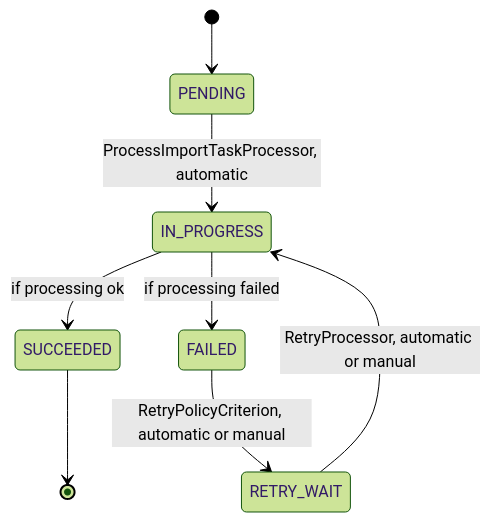
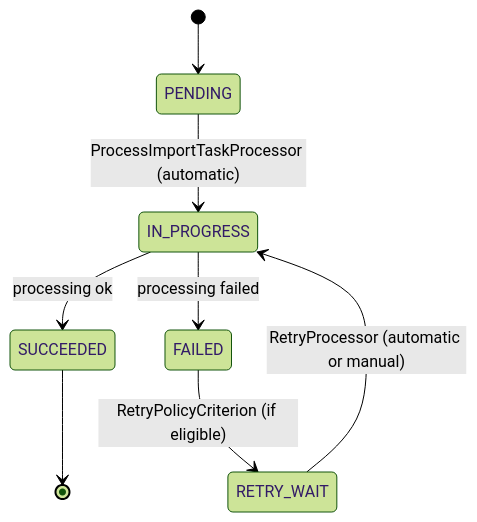
Before and after one commit to Cyoda-platform/java-client-template: the third of 3 diagrams in src/main/java/com/java_template/prototype/functional_requirement.md, drawn with Mermaid (forest theme). The commit also changed other lines of this file, not shown here.

````diff
--- a/src/main/java/com/java_template/prototype/functional_requirement.md
+++ b/src/main/java/com/java_template/prototype/functional_requirement.md
@@ -167,10 +134,10 @@
 ```mermaid
 stateDiagram-v2
     [*] --> PENDING
-    PENDING --> IN_PROGRESS : ProcessImportTaskProcessor, automatic
-    IN_PROGRESS --> SUCCEEDED : if processing ok
-    IN_PROGRESS --> FAILED : if processing failed
-    FAILED --> RETRY_WAIT : RetryPolicyCriterion, automatic or manual
-    RETRY_WAIT --> IN_PROGRESS : RetryProcessor, automatic or manual
+    PENDING --> IN_PROGRESS : ProcessImportTaskProcessor (automatic)
+    IN_PROGRESS --> SUCCEEDED : processing ok
+    IN_PROGRESS --> FAILED : processing failed
+    FAILED --> RETRY_WAIT : RetryPolicyCriterion (if eligible)
+    RETRY_WAIT --> IN_PROGRESS : RetryProcessor (automatic or manual)
     SUCCEEDED --> [*]
 ```
````
